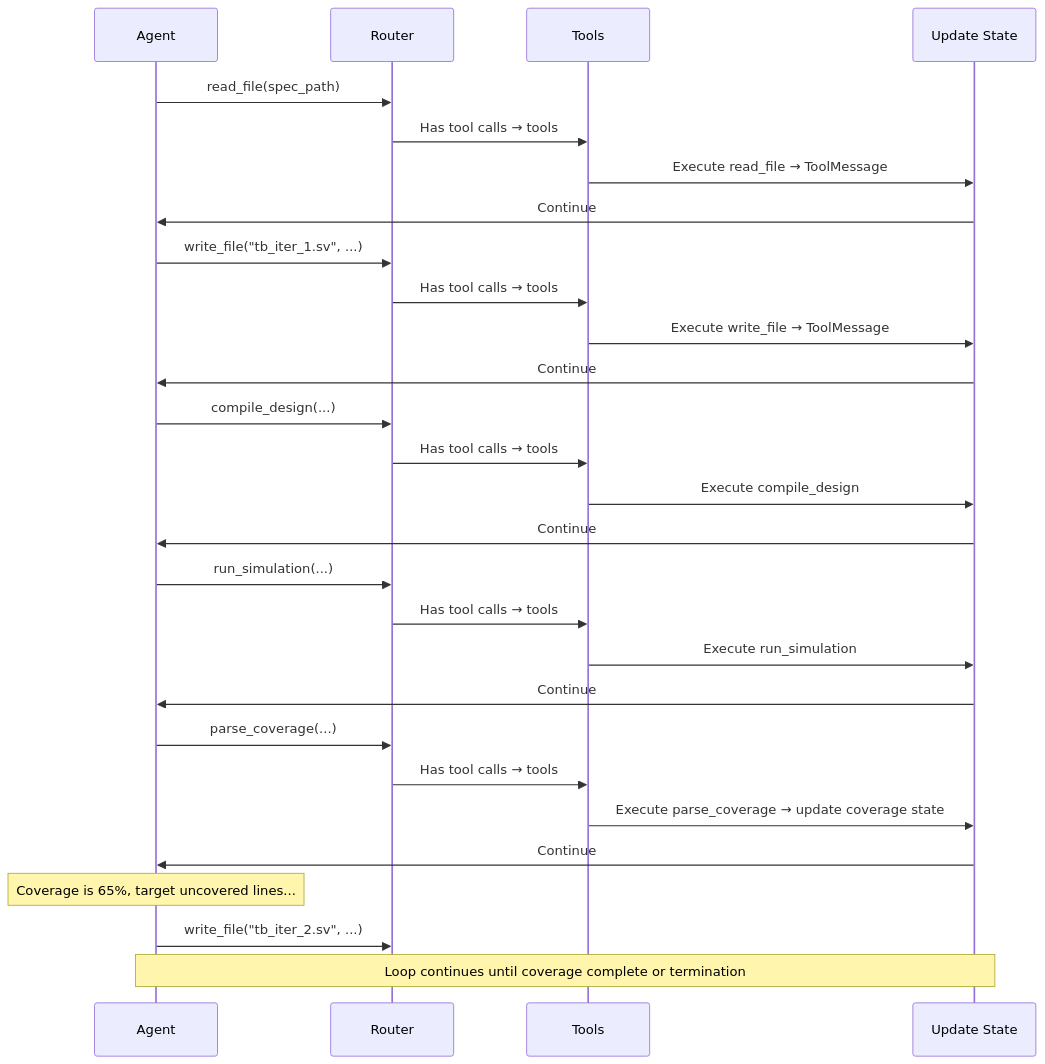
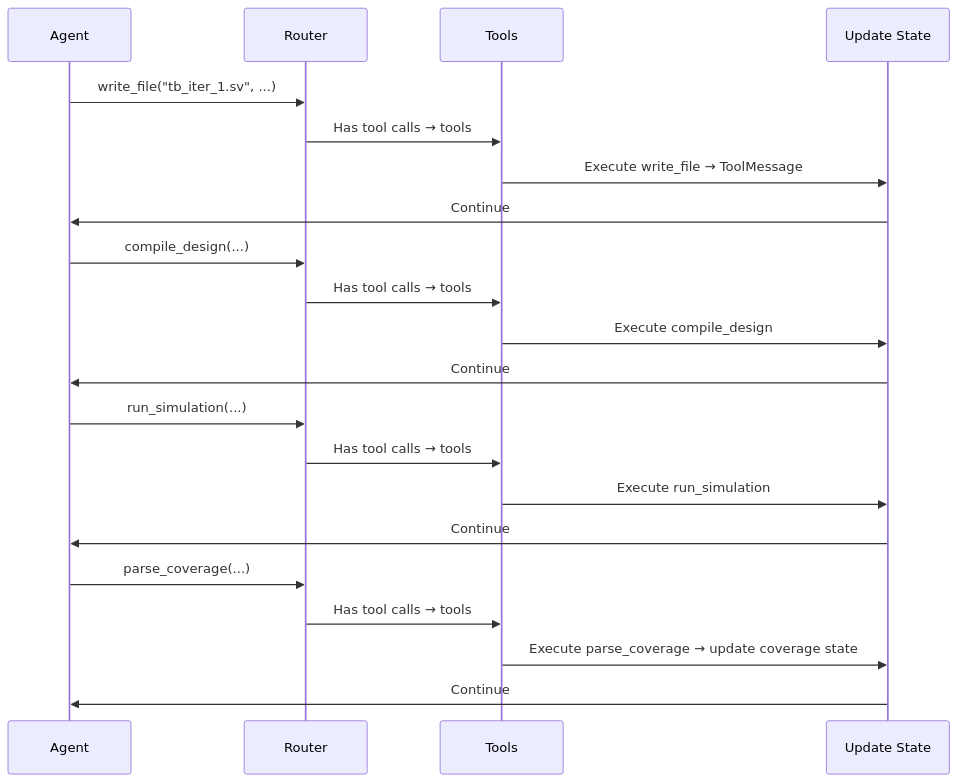
One commit to advent-lab/llm-verif changed the sixth of 8 diagrams in docs/ARCH.md. Above: the diagram before and after it, drawn with Mermaid. The commit also changed other lines of this file and 1 other file, not shown here.

````diff
--- a/docs/ARCH.md
+++ b/docs/ARCH.md
@@ -692,37 +778,27 @@
 ```mermaid
 sequenceDiagram
     participant A as Agent
     participant R as Router
     participant T as Tools
     participant U as Update State
-
-    A->>R: read_file(spec_path)
-    R->>T: Has tool calls → tools
-    T->>U: Execute read_file → ToolMessage
-    U->>A: Continue
 
     A->>R: write_file("tb_iter_1.sv", ...)
     R->>T: Has tool calls → tools
     T->>U: Execute write_file → ToolMessage
     U->>A: Continue
 
     A->>R: compile_design(...)
     R->>T: Has tool calls → tools
     T->>U: Execute compile_design
     U->>A: Continue
 
     A->>R: run_simulation(...)
     R->>T: Has tool calls → tools
     T->>U: Execute run_simulation
     U->>A: Continue
 
     A->>R: parse_coverage(...)
     R->>T: Has tool calls → tools
     T->>U: Execute parse_coverage → update coverage state
     U->>A: Continue
-
-    Note over A: Coverage is 65%, target uncovered lines...
-    A->>R: write_file("tb_iter_2.sv", ...)
-
-    Note over A,U: Loop continues until coverage complete or termination
 ```
````
